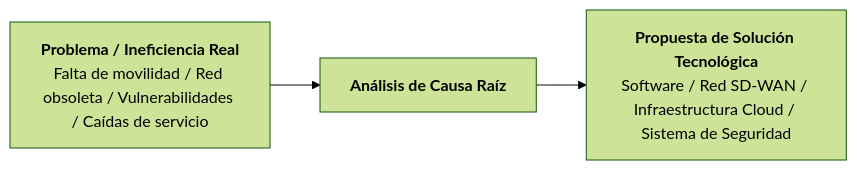
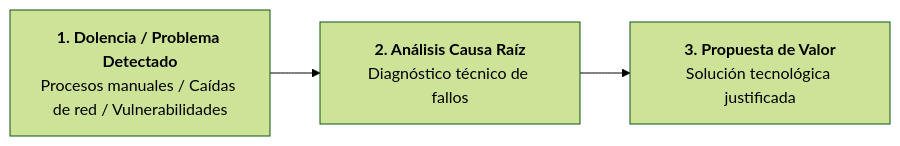
One commit to fencgut961/PI_26_27 changed the fifth of 13 diagrams in RA1.md. Above: the diagram before and after it, drawn with Mermaid (forest theme). The commit also changed other lines of this file, not shown here.

````diff
--- a/RA1.md
+++ b/RA1.md
@@ -187,5 +182,4 @@
 ```mermaid
 flowchart LR
-    A[<b>Problema / Ineficiencia Real</b><br/>Falta de movilidad / Red obsoleta / Vulnerabilidades / Caídas de servicio] --> B[<b>Análisis de Causa Raíz</b>]
-    B --> C[<b>Propuesta de Solución Tecnológica</b><br/>Software / Red SD-WAN / Infraestructura Cloud / Sistema de Seguridad]
+    A[<b>1. Dolencia / Problema Detectado</b><br/>Procesos manuales / Caídas de red / Vulnerabilidades] --> B[<b>2. Análisis Causa Raíz</b><br/>Diagnóstico técnico de fallos] --> C[<b>3. Propuesta de Valor</b><br/>Solución tecnológica justificada]
 ```
````
